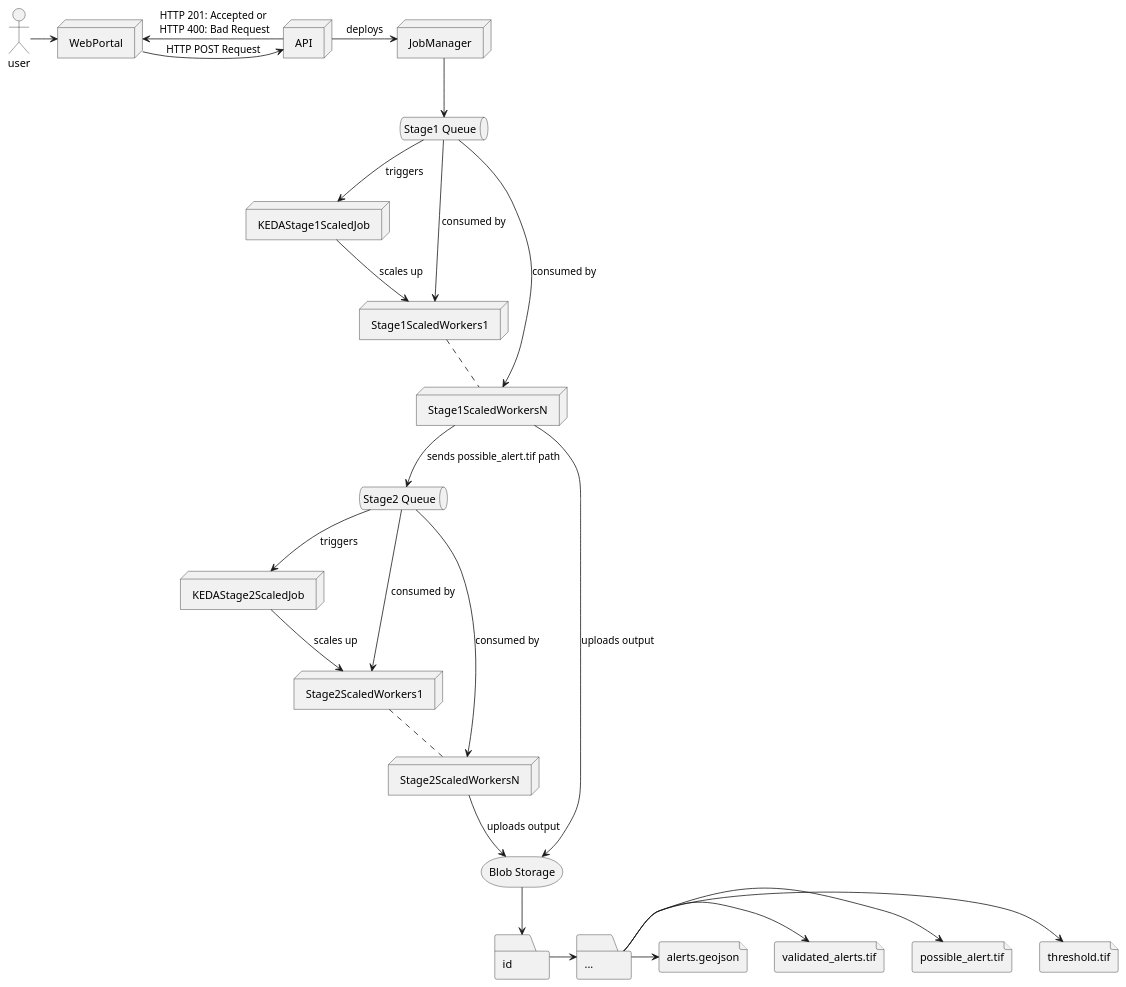
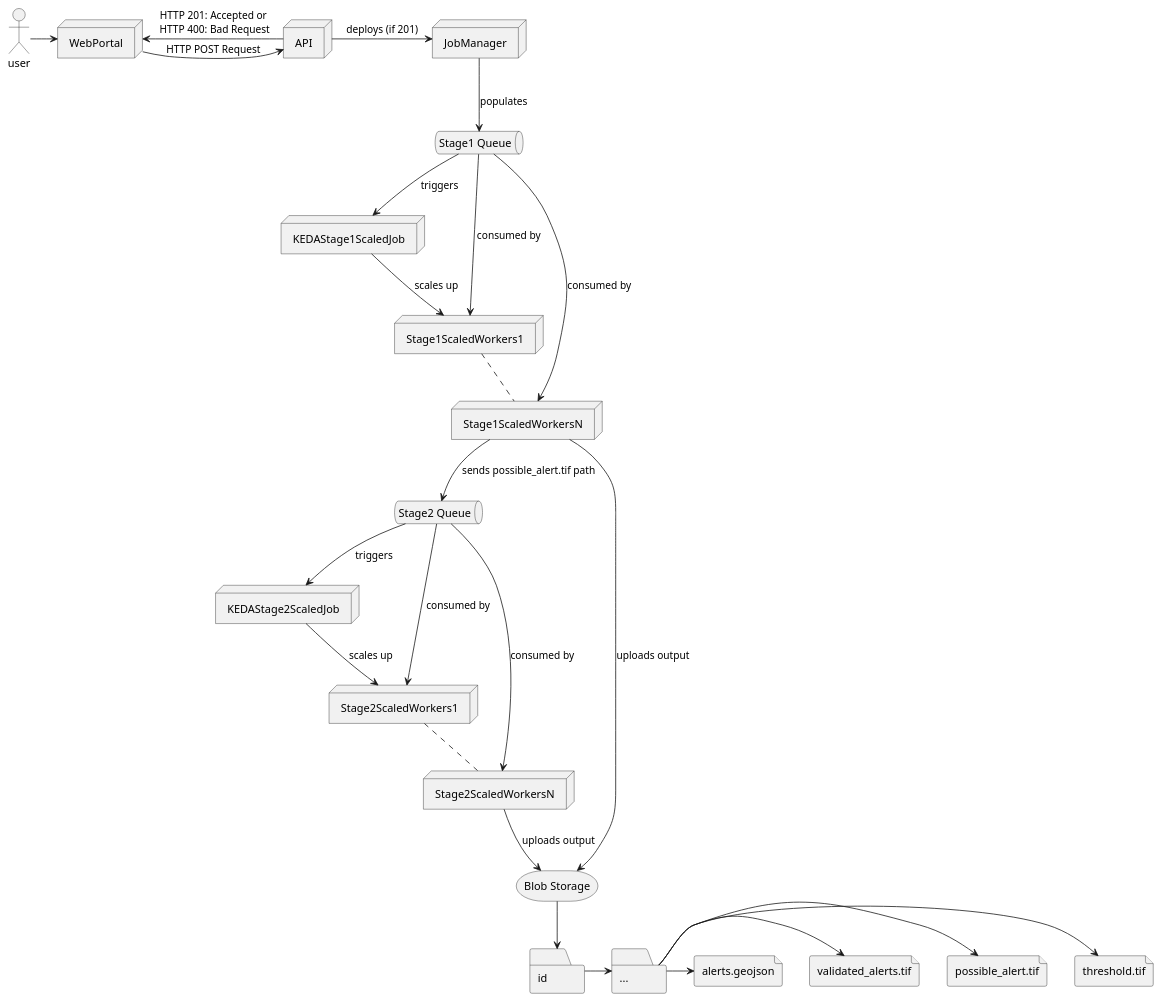
Before and after one commit to globalmangrovewatch/gmw_ramm_docs: the diagram in docs/uml/arch.puml, drawn with PlantUML.

Commit message:
pipeline diagram

```diff
--- a/docs/uml/arch.puml
+++ b/docs/uml/arch.puml
@@ -1,56 +1,56 @@
 @startuml
   actor user
 
   node API
   node WebPortal
   node JobManager
   node KEDAStage1ScaledJob
   node KEDAStage2ScaledJob
   node Stage1ScaledWorkers1
   node Stage1ScaledWorkersN
   node Stage2ScaledWorkers1
   node Stage2ScaledWorkersN
 
   queue "Stage1 Queue"
   queue "Stage2 Queue"
 
   storage "Blob Storage"
 
   file threshold.tif
   file possible_alert.tif
   file validated_alerts.tif
   file alerts.geojson
 
   folder id
   folder "..."
 
   user -> WebPortal
   WebPortal -> API : HTTP POST Request
   API -> WebPortal : HTTP 201: Accepted or\n HTTP 400: Bad Request
-  API -> JobManager : deploys
-  JobManager --> "Stage1 Queue"
+  API -> JobManager : deploys (if 201)
+  JobManager --> "Stage1 Queue" : populates
   "Stage1 Queue" --> KEDAStage1ScaledJob : triggers
   KEDAStage1ScaledJob --> Stage1ScaledWorkers1 : scales up
   Stage1ScaledWorkers1 .. Stage1ScaledWorkersN
   "Stage1 Queue" --> Stage1ScaledWorkers1 : consumed by
   "Stage1 Queue" --> Stage1ScaledWorkersN : consumed by
   Stage1ScaledWorkersN --> "Blob Storage" : uploads output
   "Blob Storage" --> id
   id -> "..."
   "..." -> threshold.tif
   "..." -> possible_alert.tif
   "..." -> validated_alerts.tif
   "..." -> alerts.geojson
   Stage1ScaledWorkersN --> "Stage2 Queue" : sends possible_alert.tif path
   "Stage2 Queue" --> KEDAStage2ScaledJob : triggers
   KEDAStage2ScaledJob --> Stage2ScaledWorkers1 : scales up
   Stage2ScaledWorkers1 .. Stage2ScaledWorkersN
   "Stage2 Queue" --> Stage2ScaledWorkers1 : consumed by
   "Stage2 Queue" --> Stage2ScaledWorkersN : consumed by
   Stage2ScaledWorkersN --> "Blob Storage" : uploads output
 
 
 
 
 
 @enduml
```
